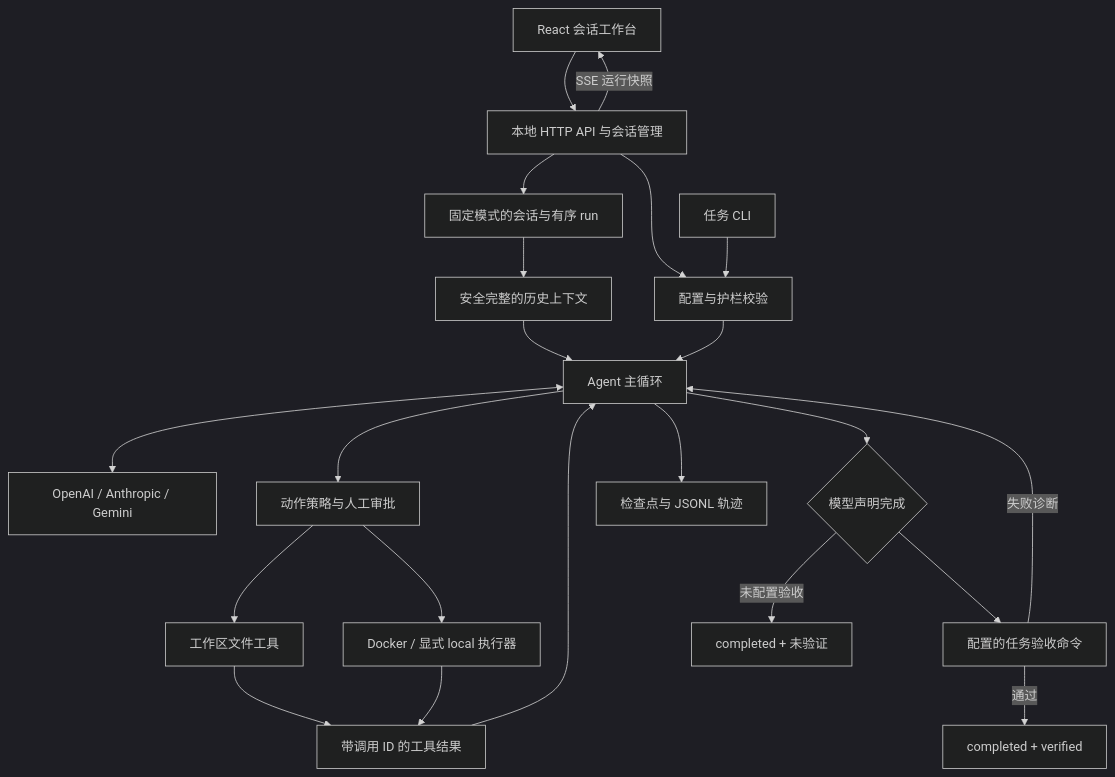
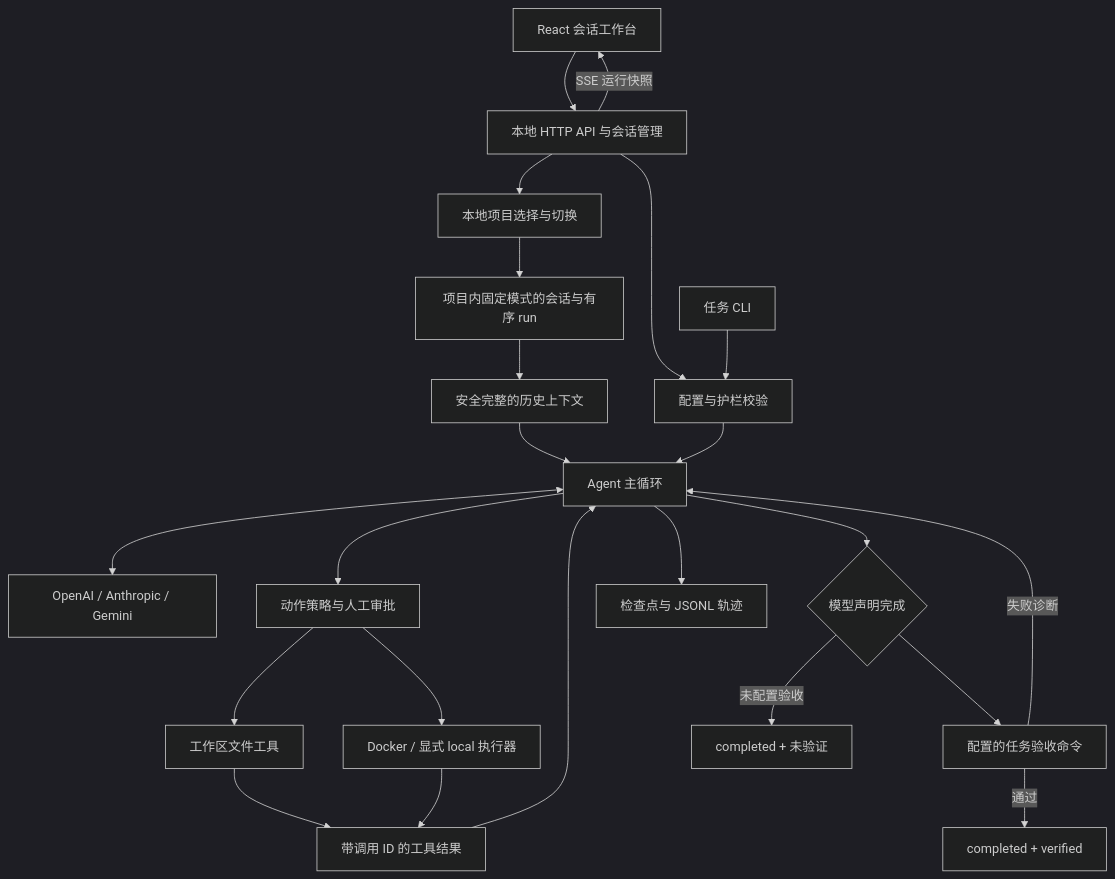
One commit to xujianghu/Coding-Agent-Harness changed the diagram in docs/architecture.md. Above: the diagram before and after it, drawn with Mermaid (dark theme). The commit also changed other lines of this file and 27 other files, not shown here.

Commit message:
feat(web): add local project selection and verify workbench flows

````diff
--- a/docs/architecture.md
+++ b/docs/architecture.md
@@ -5,24 +7,25 @@
 ```mermaid
 flowchart TD
     UI[React 会话工作台] --> API[本地 HTTP API 与会话管理]
-    API --> Conversation[固定模式的会话与有序 run]
+    API --> Projects[本地项目选择与切换]
+    Projects --> Conversation[项目内固定模式的会话与有序 run]
     Conversation --> Context[安全完整的历史上下文]
     Context --> Loop
     API -->|SSE 运行快照| UI
     API --> Config[配置与护栏校验]
     CLI[任务 CLI] --> Config
     Config --> Loop[Agent 主循环]
     Loop <--> LLM[OpenAI / Anthropic / Gemini]
     Loop --> Policy[动作策略与人工审批]
     Policy --> Files[工作区文件工具]
     Policy --> Executor[Docker / 显式 local 执行器]
     Files --> Result[带调用 ID 的工具结果]
     Executor --> Result
     Result --> Loop
     Loop --> Done{模型声明完成}
     Done --> Verify[配置的任务验收命令]
     Verify -->|失败诊断| Loop
     Verify -->|通过| Verified[completed + verified]
     Done -->|未配置验收| Complete[completed + 未验证]
     Loop --> Store[检查点与 JSONL 轨迹]
 ```
````
